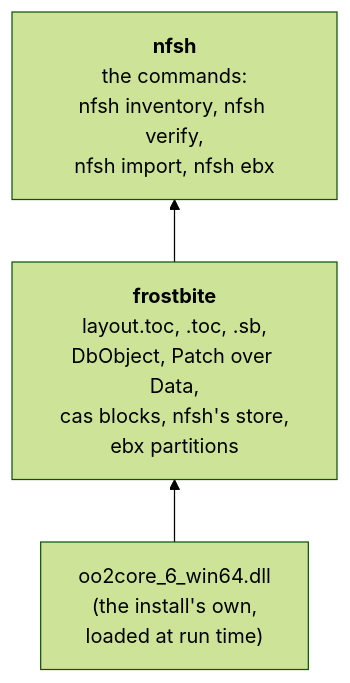
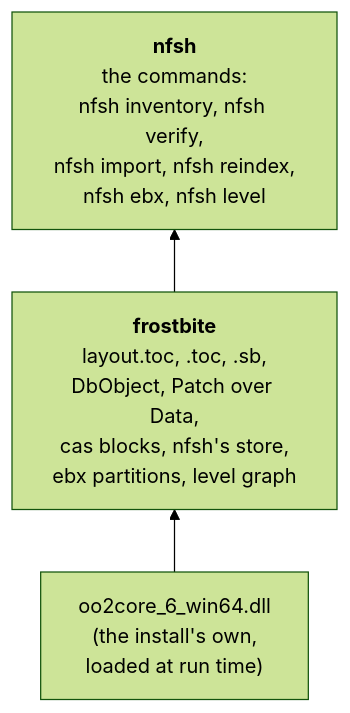
The second of 4 diagrams in docs/OVERVIEW.md (cmprssd/nfsh), drawn with Mermaid (forest theme) before and after one commit. The commit also changed other lines of this file and 12 other files, not shown here.

First line of the commit message:
feat: the level graph and nfsh level; partition GUIDs in the store; release 0.6.0 (#10)

````diff
--- a/docs/OVERVIEW.md
+++ b/docs/OVERVIEW.md
@@ -60,8 +60,8 @@
 ```mermaid
 flowchart BT
-    fb["<b>frostbite</b><br/>layout.toc, .toc, .sb,<br/>DbObject, Patch over Data,<br/>cas blocks, nfsh's store,<br/>ebx partitions"]
+    fb["<b>frostbite</b><br/>layout.toc, .toc, .sb,<br/>DbObject, Patch over Data,<br/>cas blocks, nfsh's store,<br/>ebx partitions, level graph"]
     oo["oo2core_6_win64.dll<br/>(the install's own,<br/>loaded at run time)"]
-    app["<b>nfsh</b><br/>the commands:<br/>nfsh inventory, nfsh verify,<br/>nfsh import, nfsh ebx"]
+    app["<b>nfsh</b><br/>the commands:<br/>nfsh inventory, nfsh verify,<br/>nfsh import, nfsh reindex,<br/>nfsh ebx, nfsh level"]
     oo --> fb
     fb --> app
 ```
````
